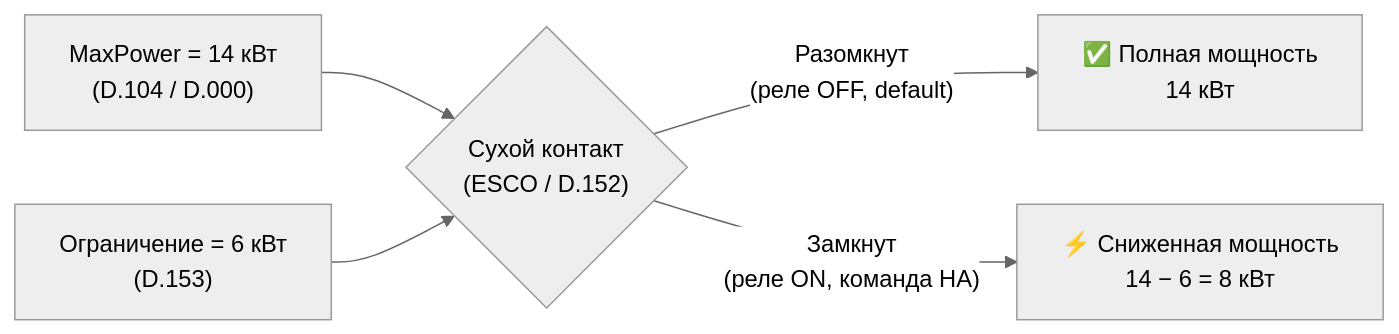
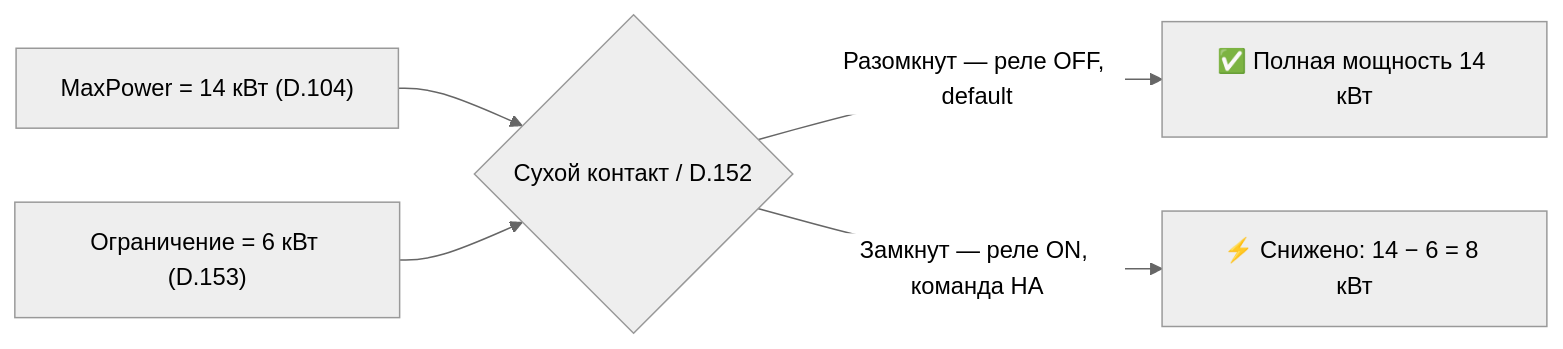
The fourth of 7 diagrams in HABR_ARTICLE.md (Gfermoto/Vaillant), drawn with Mermaid (neutral theme) before and after one commit. The commit also changed other lines of this file, not shown here.

First line of the commit message:
Fix Mermaid diagrams: remove literal \n from all node and edge labels

````diff
--- a/HABR_ARTICLE.md
+++ b/HABR_ARTICLE.md
@@ -413,8 +413,8 @@
 ```mermaid
 graph LR
-    A["MaxPower = 14 кВт\n(D.104 / D.000)"] --> C
-    B["Ограничение = 6 кВт\n(D.153)"] --> C
-    C{"Сухой контакт\n(ESCO / D.152)"}
-    C -- "Разомкнут\n(реле OFF, default)" --> D["✅ Полная мощность\n14 кВт"]
-    C -- "Замкнут\n(реле ON, команда HA)" --> E["⚡ Сниженная мощность\n14 − 6 = 8 кВт"]
+    A["MaxPower = 14 кВт (D.104)"] --> C
+    B["Ограничение = 6 кВт (D.153)"] --> C
+    C{"Сухой контакт / D.152"}
+    C -- "Разомкнут — реле OFF, default" --> D["✅ Полная мощность 14 кВт"]
+    C -- "Замкнут — реле ON, команда HA" --> E["⚡ Снижено: 14 − 6 = 8 кВт"]
 ```
````
